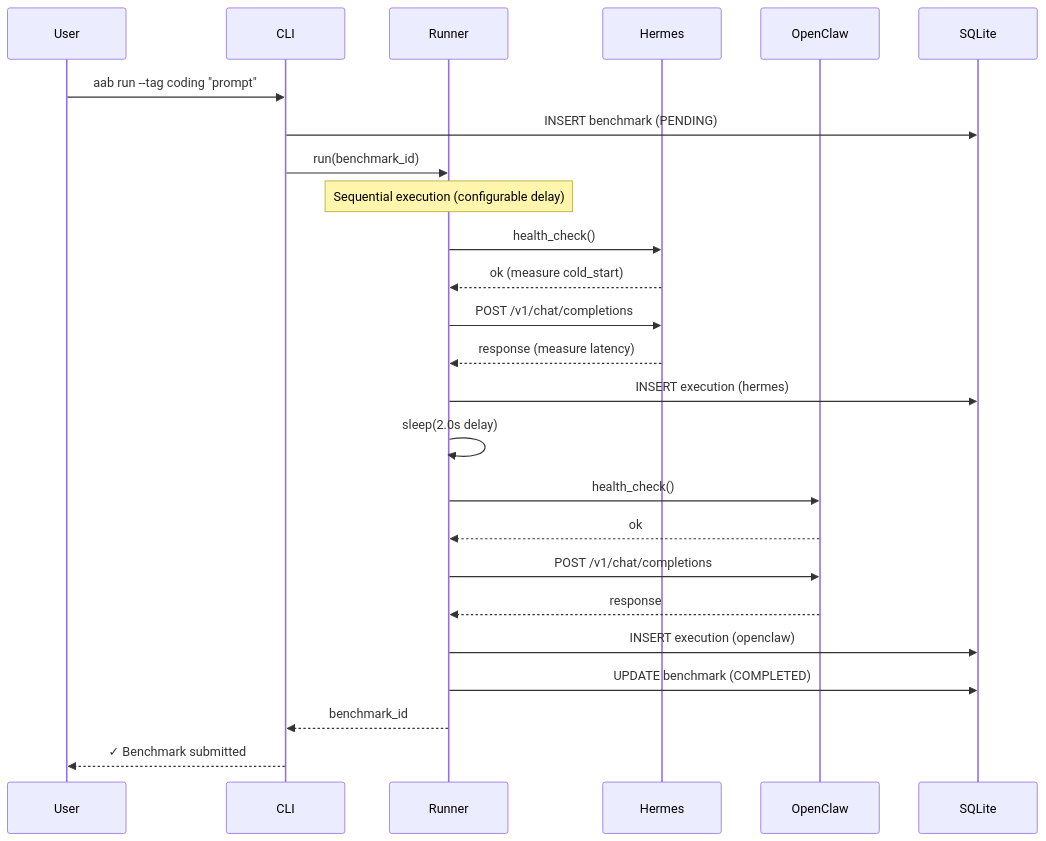
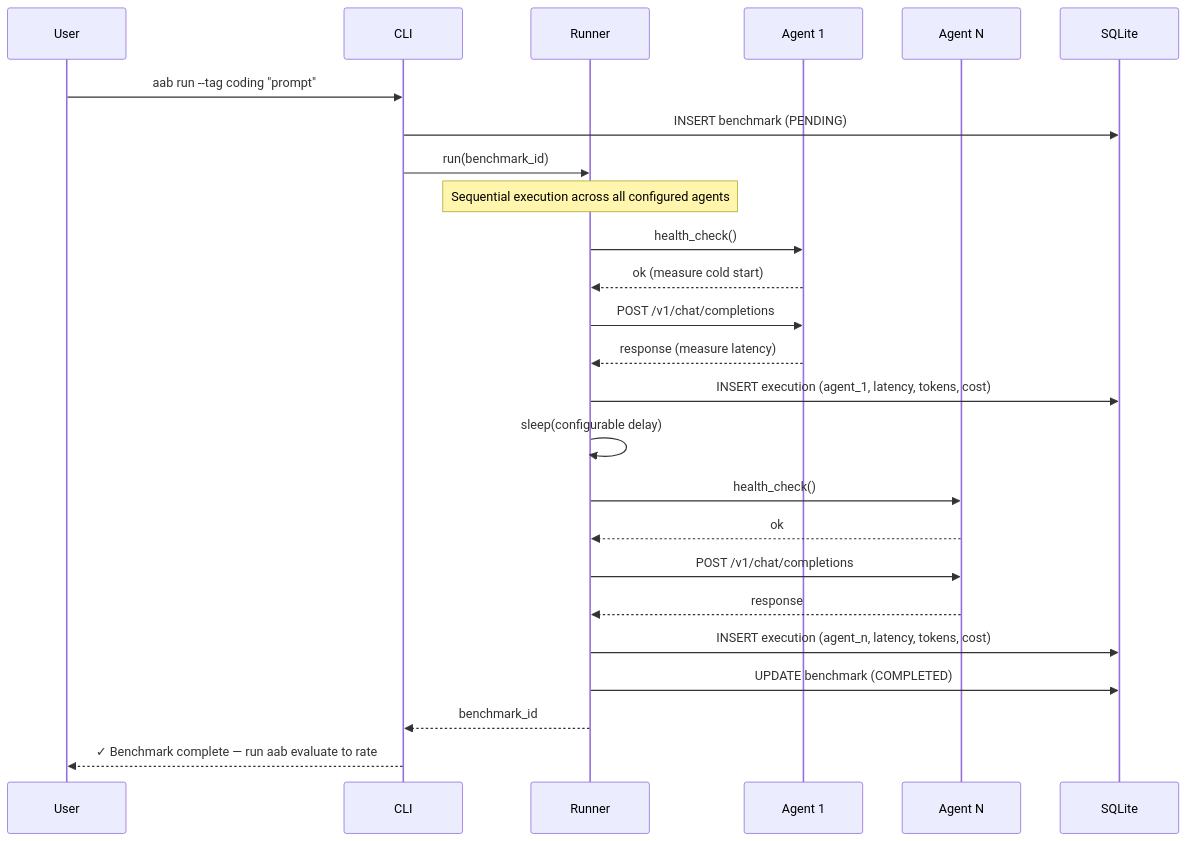
One commit to theprodsde/agent-assist-bench changed the second of 3 diagrams in README.md. Above: the diagram before and after it, drawn with Mermaid. The commit also changed other lines of this file and 8 other files, not shown here.

````diff
--- a/README.md
+++ b/README.md
@@ -166,33 +215,33 @@
 ```mermaid
 sequenceDiagram
     participant User
     participant CLI
     participant Runner
-    participant Hermes
-    participant OpenClaw
+    participant A1 as Agent 1
+    participant AN as Agent N
     participant DB as SQLite
 
     User->>CLI: aab run --tag coding "prompt"
     CLI->>DB: INSERT benchmark (PENDING)
     CLI->>Runner: run(benchmark_id)
-    
-    Note over Runner: Sequential execution (configurable delay)
-    
-    Runner->>Hermes: health_check()
-    Hermes-->>Runner: ok (measure cold_start)
-    Runner->>Hermes: POST /v1/chat/completions
-    Hermes-->>Runner: response (measure latency)
-    Runner->>DB: INSERT execution (hermes)
-    
-    Runner->>Runner: sleep(2.0s delay)
-    
-    Runner->>OpenClaw: health_check()
-    OpenClaw-->>Runner: ok
-    Runner->>OpenClaw: POST /v1/chat/completions
-    OpenClaw-->>Runner: response
-    Runner->>DB: INSERT execution (openclaw)
-    
+
+    Note over Runner: Sequential execution across all configured agents
+
+    Runner->>A1: health_check()
+    A1-->>Runner: ok (measure cold start)
+    Runner->>A1: POST /v1/chat/completions
+    A1-->>Runner: response (measure latency)
+    Runner->>DB: INSERT execution (agent_1, latency, tokens, cost)
+
+    Runner->>Runner: sleep(configurable delay)
+
+    Runner->>AN: health_check()
+    AN-->>Runner: ok
+    Runner->>AN: POST /v1/chat/completions
+    AN-->>Runner: response
+    Runner->>DB: INSERT execution (agent_n, latency, tokens, cost)
+
     Runner->>DB: UPDATE benchmark (COMPLETED)
     Runner-->>CLI: benchmark_id
-    CLI-->>User: ✓ Benchmark submitted
+    CLI-->>User: ✓ Benchmark complete — run aab evaluate to rate
 ```
````
